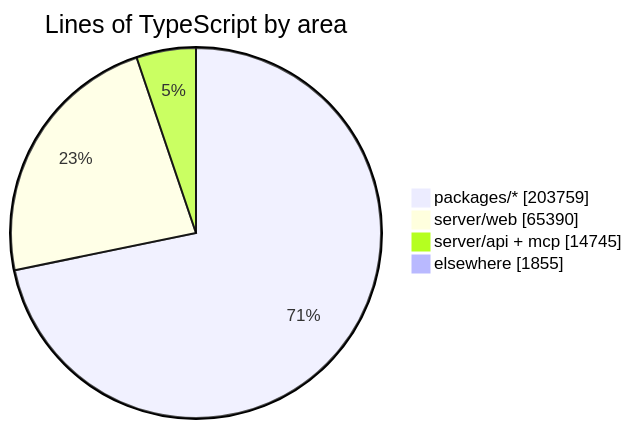
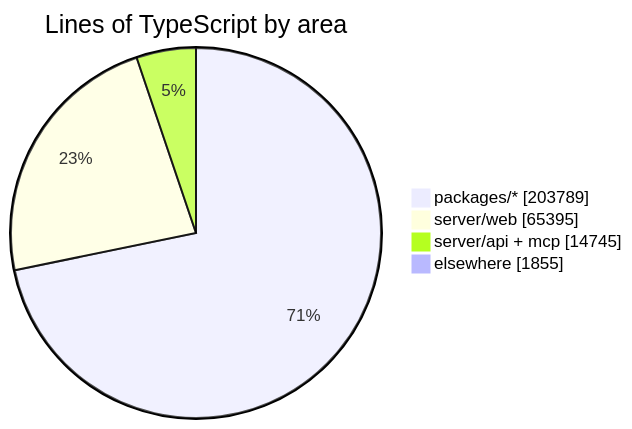
Before and after one commit to crossworks-engineering/mantle: the diagram in README.md, drawn with Mermaid. The commit also changed other lines of this file and 2 other files, not shown here.

````diff
--- a/README.md
+++ b/README.md
@@ -287,7 +287,7 @@
 ```mermaid
 pie showData title Lines of TypeScript by area
-    "packages/*" : 203759
-    "server/web" : 65390
+    "packages/*" : 203789
+    "server/web" : 65395
     "server/api + mcp" : 14745
     "elsewhere" : 1855
 ```
````
